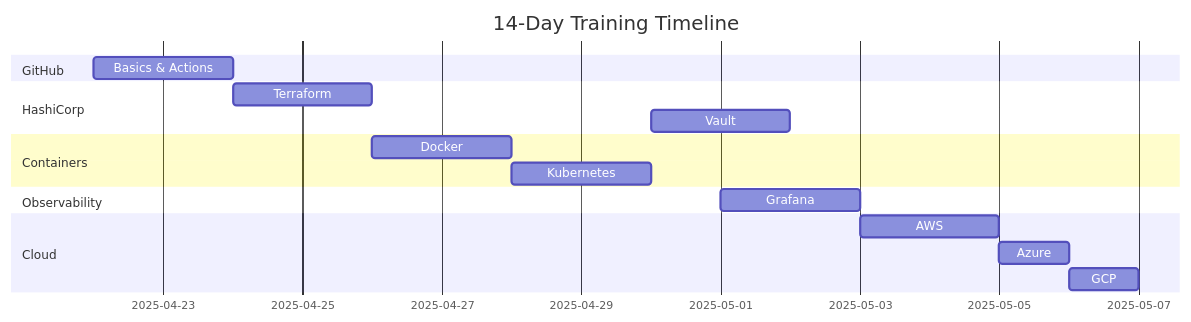
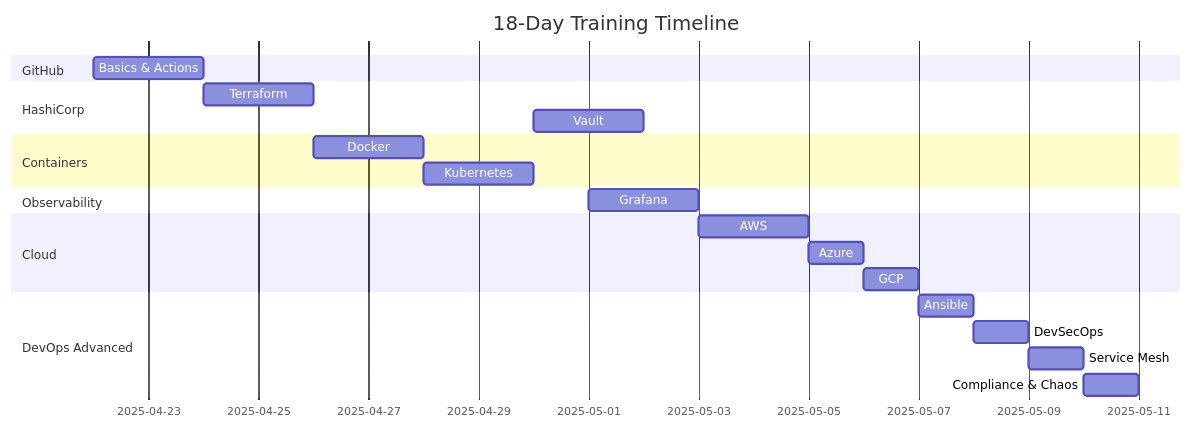
Before and after one commit to dbsectrainer/devOps_tools: the third of 3 diagrams in README.md, drawn with Mermaid. The commit also changed other lines of this file and 35 other files, not shown here.

````diff
--- a/README.md
+++ b/README.md
@@ -51,19 +76,24 @@
 ```mermaid
 gantt
-    title 14-Day Training Timeline
+    title 18-Day Training Timeline
     dateFormat  YYYY-MM-DD
     section GitHub
     Basics & Actions    :2025-04-22, 2d
     section HashiCorp
     Terraform     :2025-04-24, 2d
     Vault         :2025-04-30, 2d
     section Containers
     Docker        :2025-04-26, 2d
     Kubernetes    :2025-04-28, 2d
     section Observability
     Grafana       :2025-05-01, 2d
     section Cloud
     AWS          :2025-05-03, 2d
     Azure        :2025-05-05, 1d
     GCP          :2025-05-06, 1d
+    section DevOps Advanced
+    Ansible      :2025-05-07, 1d
+    DevSecOps    :2025-05-08, 1d
+    Service Mesh :2025-05-09, 1d
+    Compliance & Chaos :2025-05-10, 1d
 ```
````
